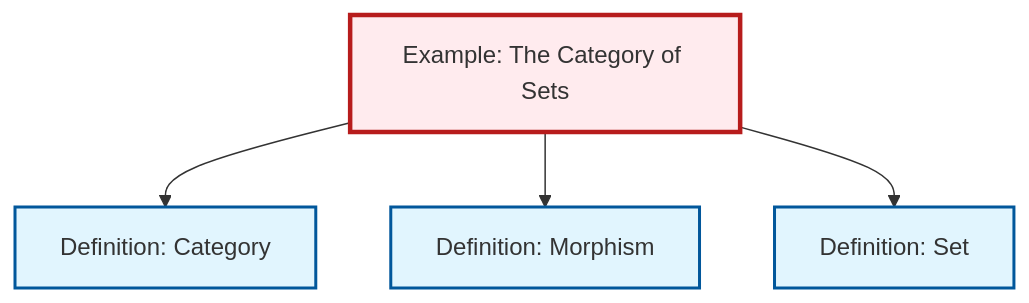
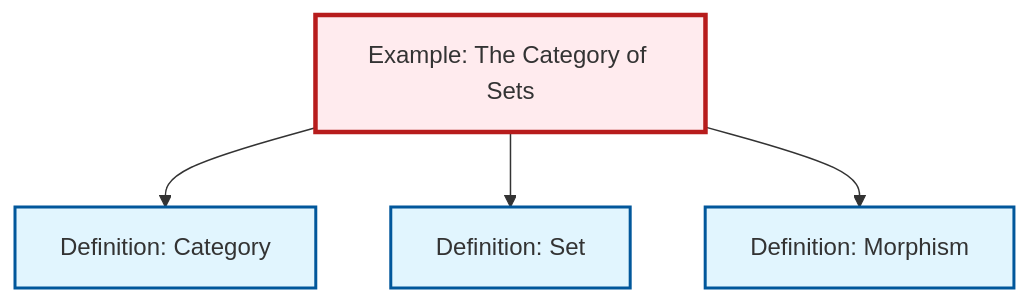
The diagram in content/ja/category-theory/ex-set-category.qmd (RK0429/ModernMath), drawn with Mermaid before and after one commit. The commit also changed other lines of this file and 581 other files, not shown here.

````diff
--- a/content/ja/category-theory/ex-set-category.qmd
+++ b/content/ja/category-theory/ex-set-category.qmd
@@ -69,20 +69,20 @@
 ```{mermaid}
 %%| fig-cap: "Local dependency graph"
 graph TD
     classDef definition fill:#e1f5fe,stroke:#01579b,stroke-width:2px
     classDef theorem fill:#f3e5f5,stroke:#4a148c,stroke-width:2px
     classDef axiom fill:#fff3e0,stroke:#e65100,stroke-width:2px
     classDef example fill:#e8f5e9,stroke:#1b5e20,stroke-width:2px
     classDef current fill:#ffebee,stroke:#b71c1c,stroke-width:3px
     def-morphism["Definition: Morphism"]:::definition
-    def-set["Definition: Set"]:::definition
     def-category["Definition: Category"]:::definition
     ex-set-category["Example: The Category of Sets"]:::example
+    def-set["Definition: Set"]:::definition
     ex-set-category --> def-category
+    ex-set-category --> def-set
     ex-set-category --> def-morphism
-    ex-set-category --> def-set
     class ex-set-category current
     click def-morphism "def-morphism.html" "Definition: Morphismへ"
+    click def-category "def-category.html" "Definition: Categoryへ"
     click def-set "def-set.html" "Definition: Setへ"
-    click def-category "def-category.html" "Definition: Categoryへ"
 ```
````
